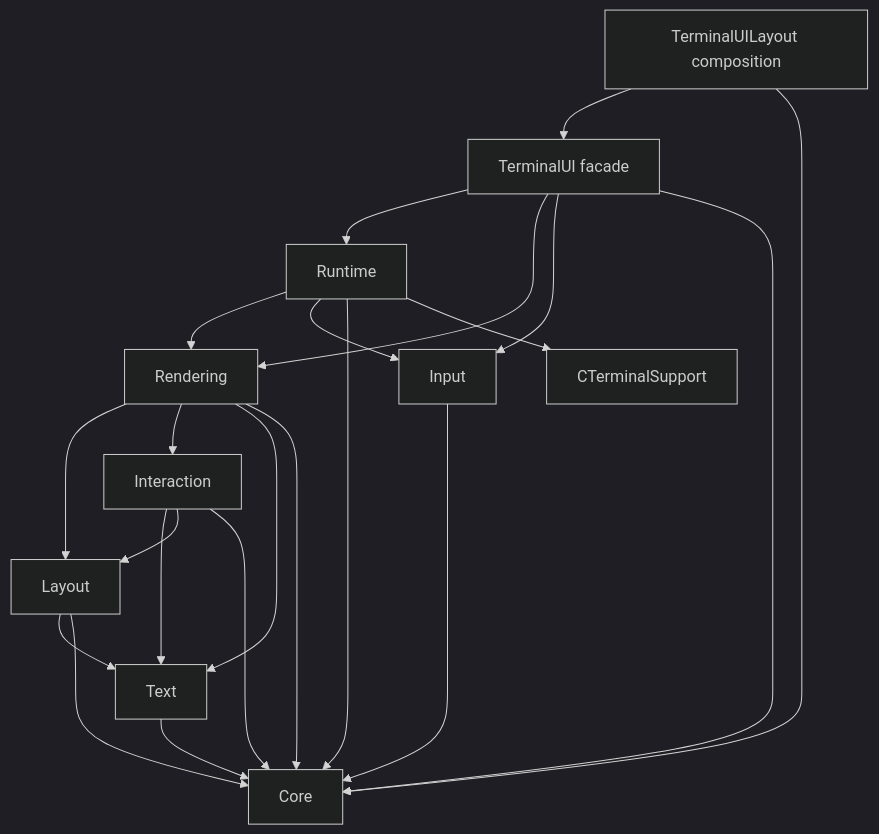
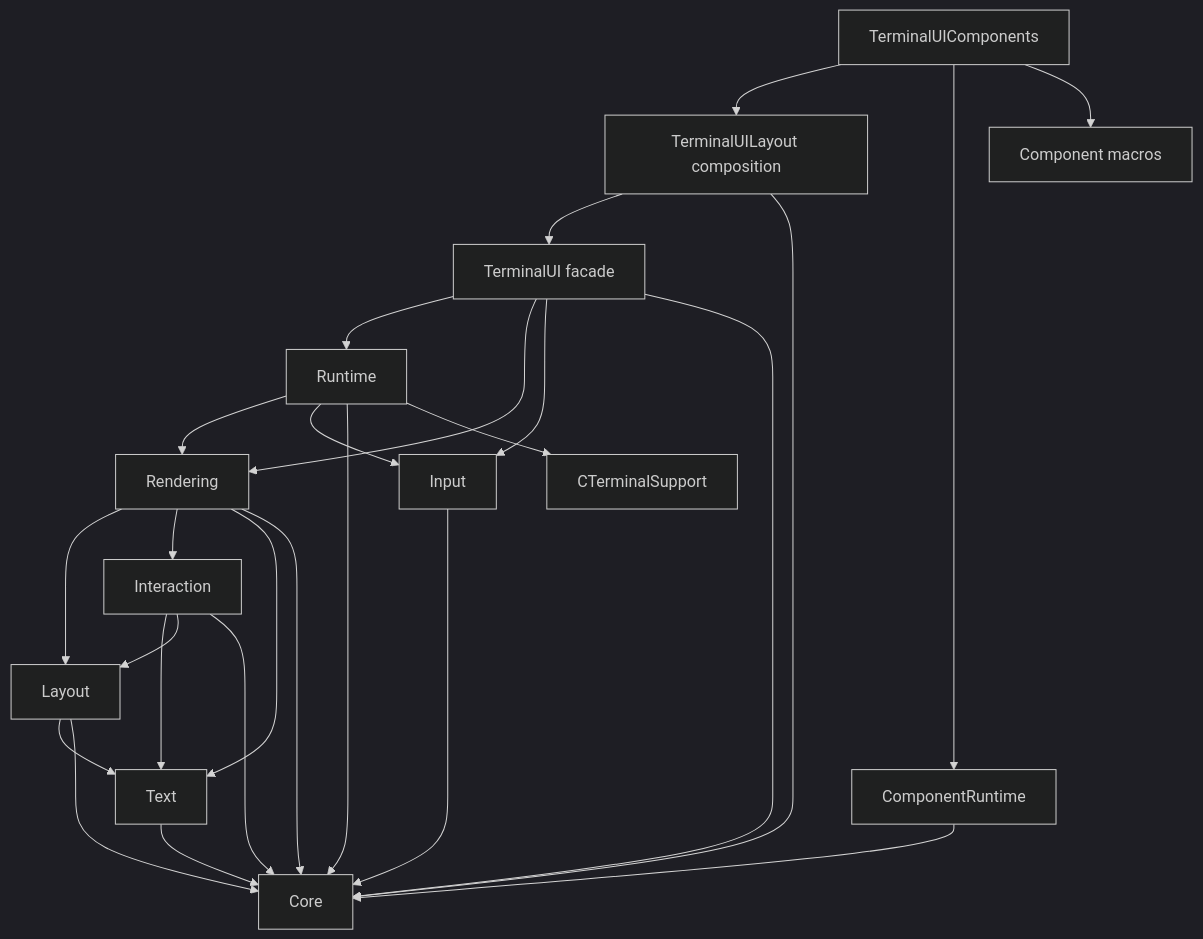
Before and after one commit to nicholascross/TerminalUI: the diagram in Documentation/Architecture.md, drawn with Mermaid (dark theme). The commit also changed other lines of this file and 57 other files, not shown here.

````diff
--- a/Documentation/Architecture.md
+++ b/Documentation/Architecture.md
@@ -18,24 +21,28 @@
 ```mermaid
 flowchart TD
+    Components[TerminalUIComponents] --> Composition
+    Components --> ComponentRuntime
+    Components --> Macros[Component macros]
+    ComponentRuntime --> Core
     Composition[TerminalUILayout composition] --> Facade[TerminalUI facade]
     Composition --> Core
     Facade --> Runtime
     Facade --> Rendering
     Facade --> Input
     Facade --> Core
     Runtime --> Rendering
     Runtime --> Input
     Runtime --> Core
     Runtime --> Native[CTerminalSupport]
     Rendering --> Layout
     Rendering --> Interaction
     Rendering --> Text
     Rendering --> Core
     Layout --> Text
     Layout --> Core
     Interaction --> Text
     Interaction --> Layout
     Interaction --> Core
     Input --> Core
     Text --> Core
 ```
````
